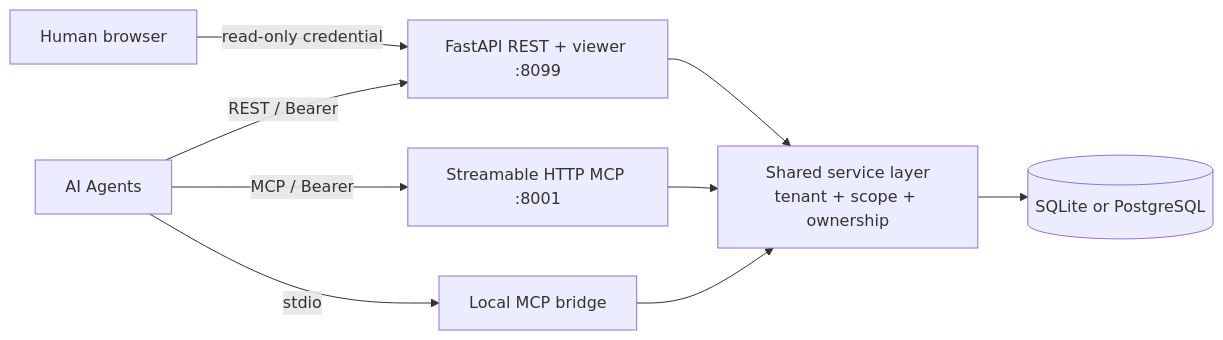
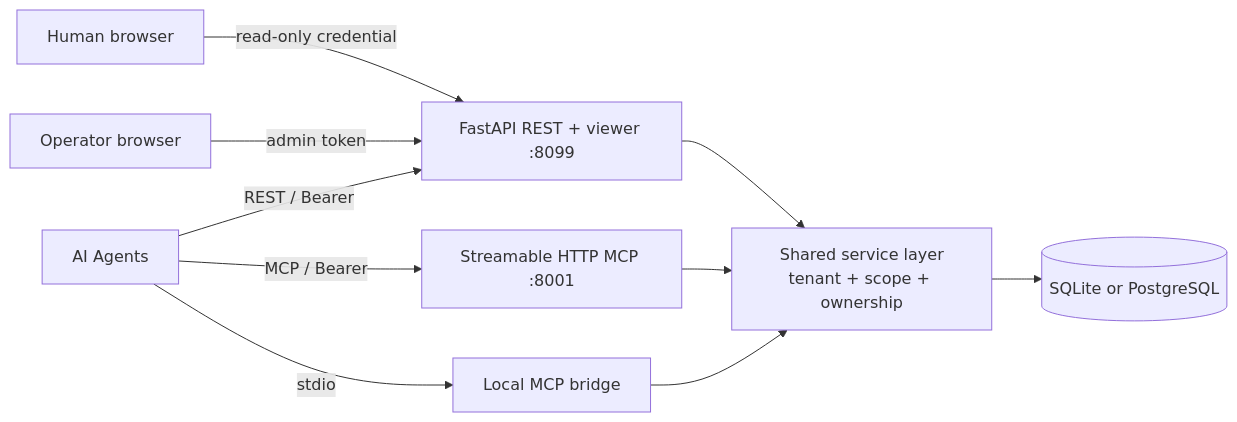
Before and after one commit to mohui1999/AllMemoryMCP: the diagram in README.md, drawn with Mermaid. The commit also changed other lines of this file and 13 other files, not shown here.

First line of the commit message:
Add browser admin console for agent credential management

````diff
--- a/README.md
+++ b/README.md
@@ -121,11 +123,12 @@
 ```mermaid
 flowchart LR
   A[AI Agents] -->|REST / Bearer| R[FastAPI REST + viewer :8099]
   A -->|MCP / Bearer| M[Streamable HTTP MCP :8001]
   A -->|stdio| S[Local MCP bridge]
   U[Human browser] -->|read-only credential| R
+  O[Operator browser] -->|admin token| R
   R --> C[Shared service layer<br/>tenant + scope + ownership]
   M --> C
   S --> C
   C --> D[(SQLite or PostgreSQL)]
 ```
````
